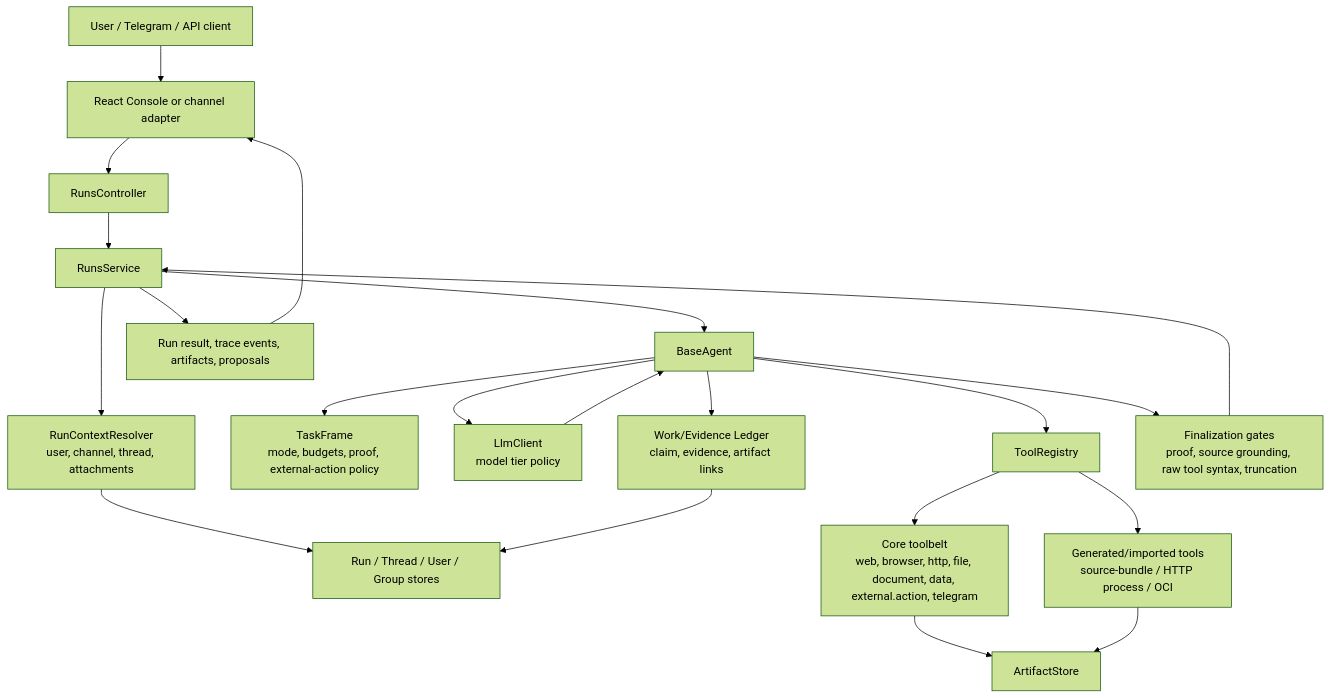
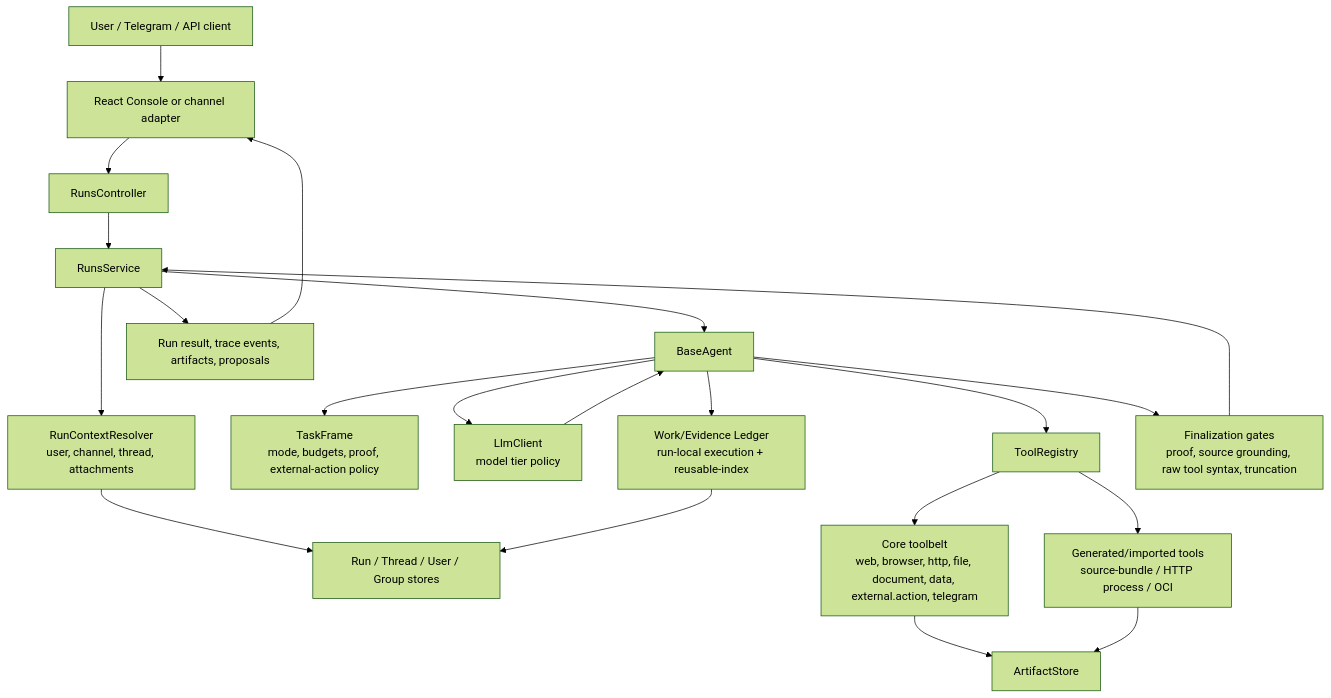
The first of 4 diagrams in docs/current-architecture.md (ruler47/agentic), drawn with Mermaid (forest theme) before and after one commit. The commit also changed other lines of this file and 9 other files, not shown here.

Commit message:
Add Work Ledger reuse for safe HTTP calls

````diff
--- a/docs/current-architecture.md
+++ b/docs/current-architecture.md
@@ -19,23 +19,23 @@
 ```mermaid
 flowchart TD
   U["User / Telegram / API client"] --> UI["React Console or channel adapter"]
   UI --> RC["RunsController"]
   RC --> RS["RunsService"]
   RS --> CR["RunContextResolver\nuser, channel, thread, attachments"]
   CR --> Stores["Run / Thread / User / Group stores"]
   RS --> BA["BaseAgent"]
   BA --> TF["TaskFrame\nmode, budgets, proof, external-action policy"]
   BA --> LLM["LlmClient\nmodel tier policy"]
   LLM --> BA
   BA --> TR["ToolRegistry"]
-  BA --> WL["Work/Evidence Ledger\nclaim, evidence, artifact links"]
+  BA --> WL["Work/Evidence Ledger\nrun-local execution + reusable-index"]
   TR --> CT["Core toolbelt\nweb, browser, http, file, document, data, external.action, telegram"]
   TR --> GT["Generated/imported tools\nsource-bundle / HTTP process / OCI"]
   CT --> AR["ArtifactStore"]
   GT --> AR
   WL --> Stores
   BA --> FG["Finalization gates\nproof, source grounding, raw tool syntax, truncation"]
   FG --> RS
   RS --> API["Run result, trace events, artifacts, proposals"]
   API --> UI
 ```
````
